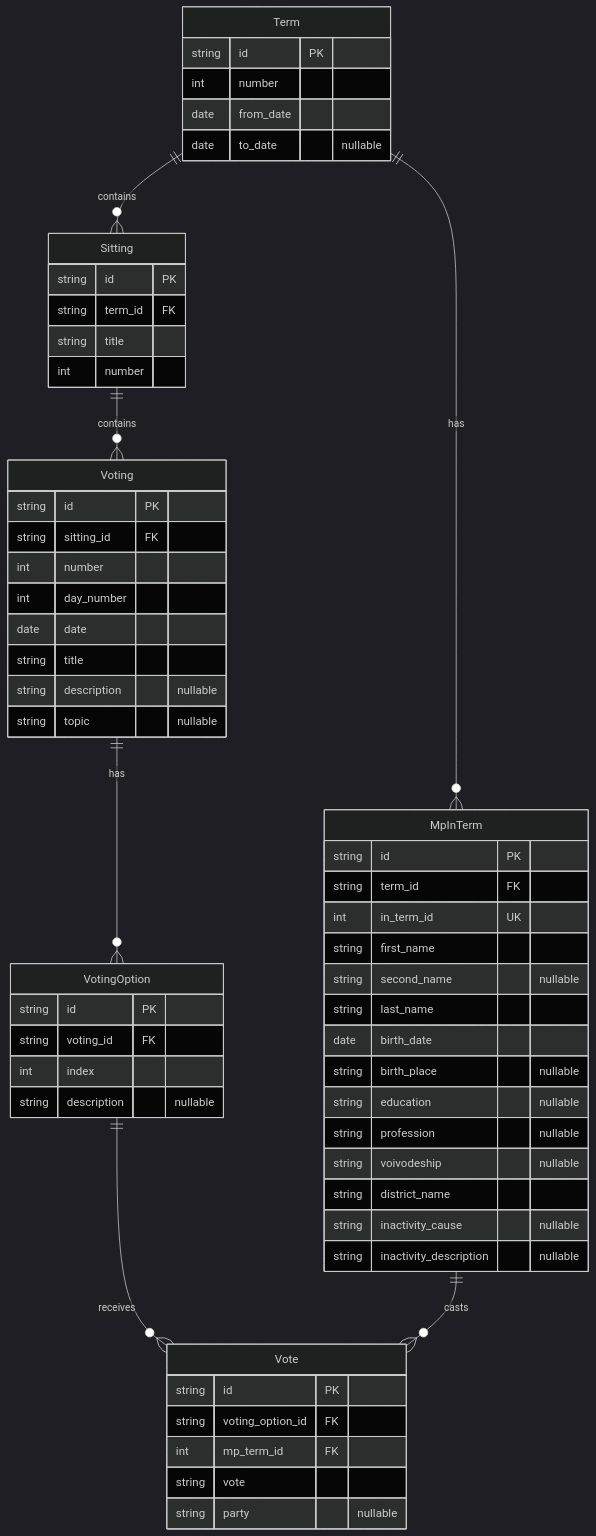
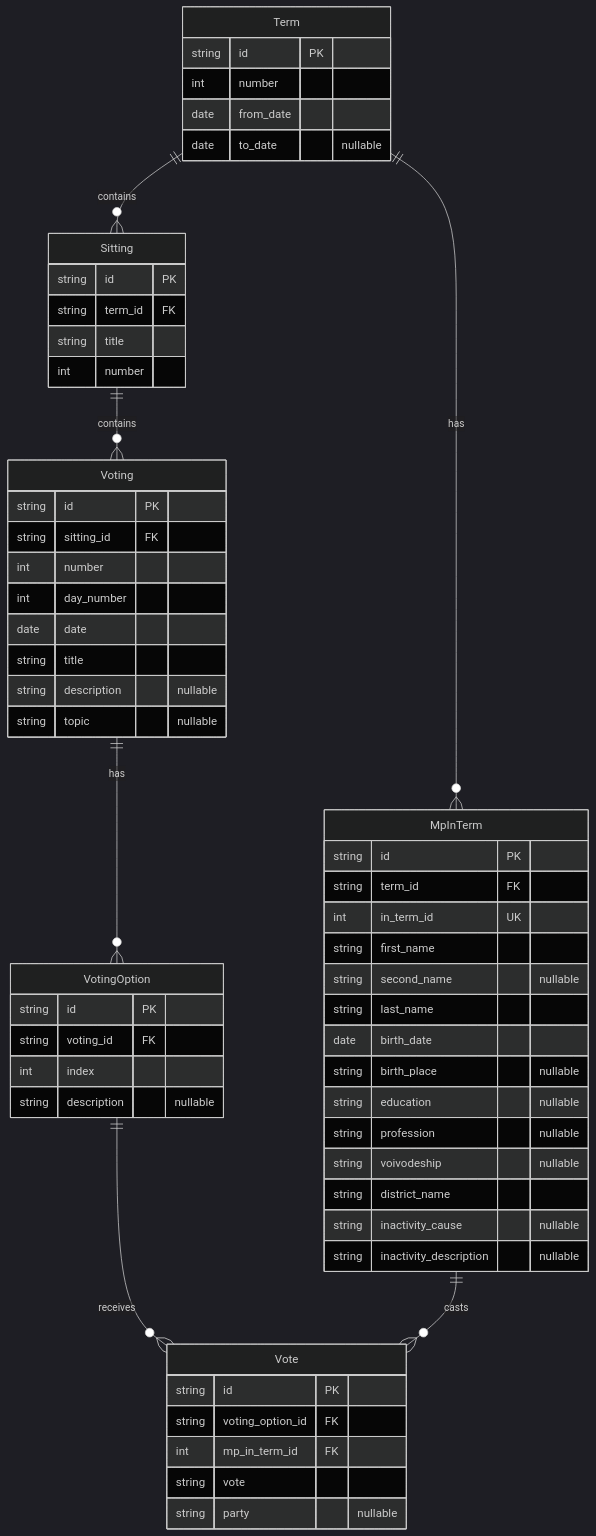
The diagram in README.md (LuxF3rre/sejm_scraper), drawn with Mermaid (dark theme) before and after one commit. The commit also changed 2 other files, not shown here.

Commit message:
fix: renamed mp_term to mp_in_term

````diff
--- a/README.md
+++ b/README.md
@@ -44,67 +44,67 @@
 ```mermaid
 erDiagram
     Term {
         string id PK
         int number
         date from_date
         date to_date "nullable"
     }
 
     Sitting {
         string id PK
         string term_id FK
         string title
         int number
     }
 
     Voting {
         string id PK
         string sitting_id FK
         int number
         int day_number
         date date
         string title
         string description "nullable"
         string topic "nullable"
     }
 
     VotingOption {
         string id PK
         string voting_id FK
         int index
         string description "nullable"
     }
 
     Vote {
         string id PK
         string voting_option_id FK
-        int mp_term_id FK
+        int mp_in_term_id FK
         string vote
         string party "nullable"
     }
 
     MpInTerm {
         string id PK
         string term_id FK
         int in_term_id UK
         string first_name
         string second_name "nullable"
         string last_name
         date birth_date
         string birth_place "nullable"
         string education "nullable"
         string profession "nullable"
         string voivodeship "nullable"
         string district_name
         string inactivity_cause "nullable"
         string inactivity_description "nullable"
     }
 
     %% Relationships
     Term ||--o{ Sitting : "contains"
     Term ||--o{ MpInTerm : "has"
     Sitting ||--o{ Voting : "contains"
     Voting ||--o{ VotingOption : "has"
     VotingOption ||--o{ Vote : "receives"
     MpInTerm ||--o{ Vote : "casts"
 ```
````
